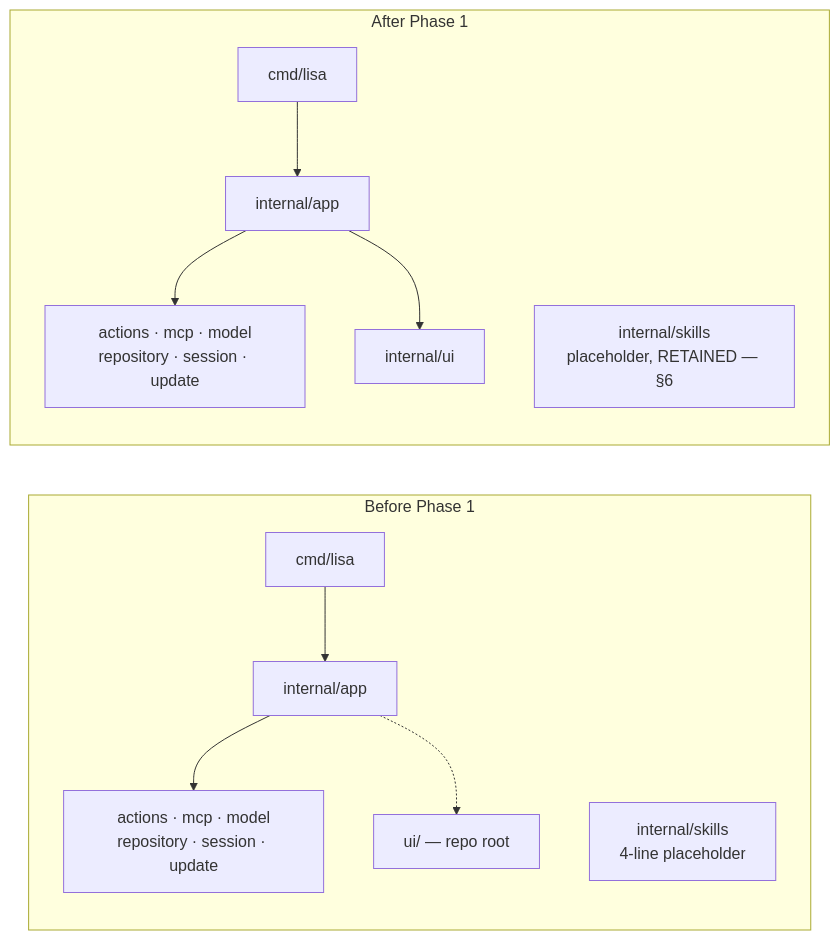
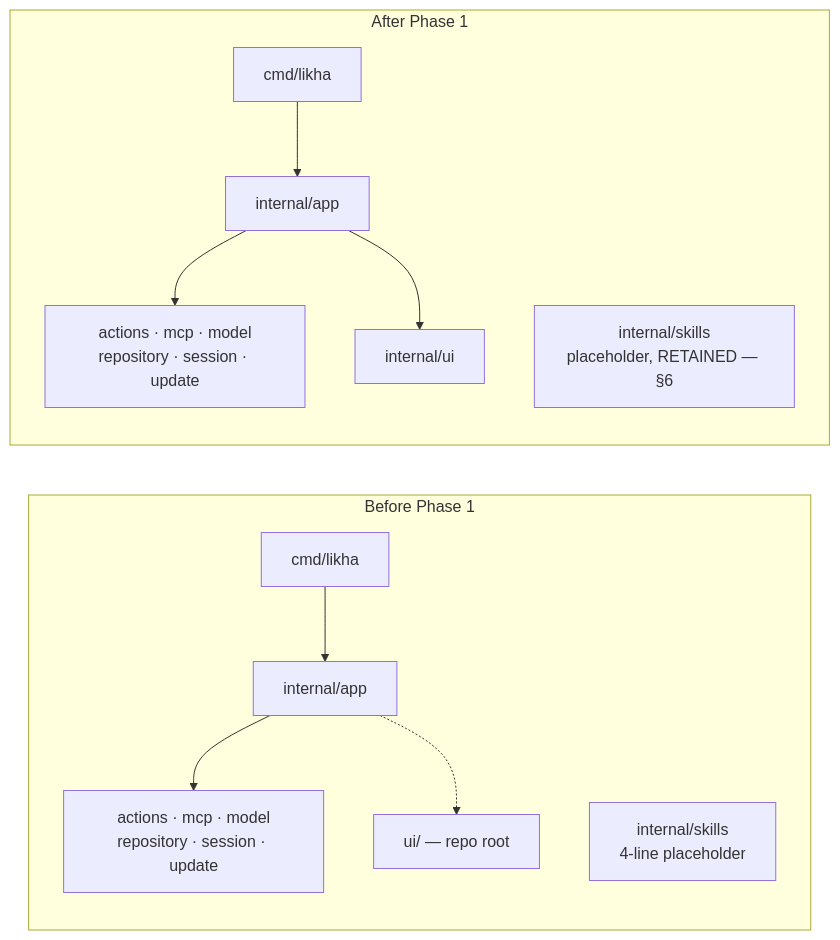
The diagram in specs/structure-refactor/architecture-phase-1.md (joshuagemvicente/likha), drawn with Mermaid before and after one commit. The commit also changed other lines of this file and 179 other files, not shown here.

Commit message:
refactor: rename Lisa product and CLI to Likha

````diff
--- a/specs/structure-refactor/architecture-phase-1.md
+++ b/specs/structure-refactor/architecture-phase-1.md
@@ -25,15 +25,15 @@
 ```mermaid
 flowchart LR
     subgraph before["Before Phase 1"]
-        cmd1["cmd/lisa"] --> app1["internal/app"]
+        cmd1["cmd/likha"] --> app1["internal/app"]
         app1 --> leaves1["actions · mcp · model\nrepository · session · update"]
         app1 -.-> ui1["ui/ — repo root"]
         skills1["internal/skills\n4-line placeholder"]
     end
     subgraph after["After Phase 1"]
-        cmd2["cmd/lisa"] --> app2["internal/app"]
+        cmd2["cmd/likha"] --> app2["internal/app"]
         app2 --> leaves2["actions · mcp · model\nrepository · session · update"]
         app2 --> ui2["internal/ui"]
         skills2["internal/skills\nplaceholder, RETAINED — §6"]
     end
 ```
````
